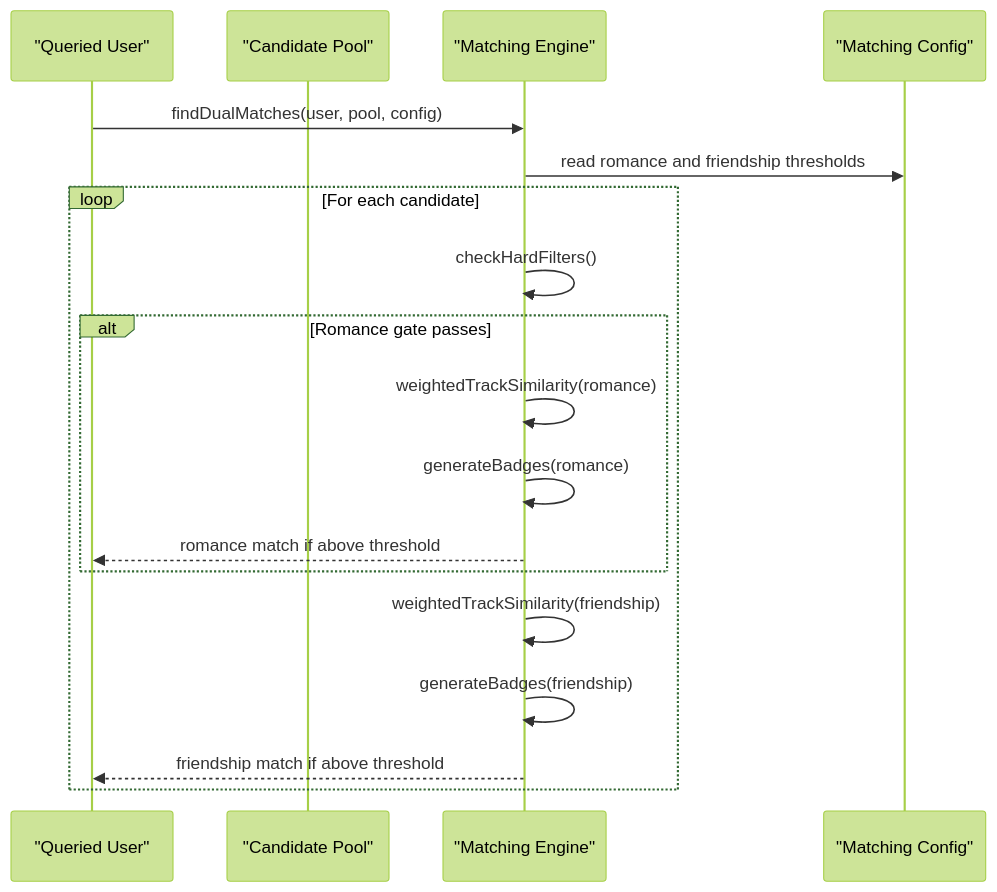
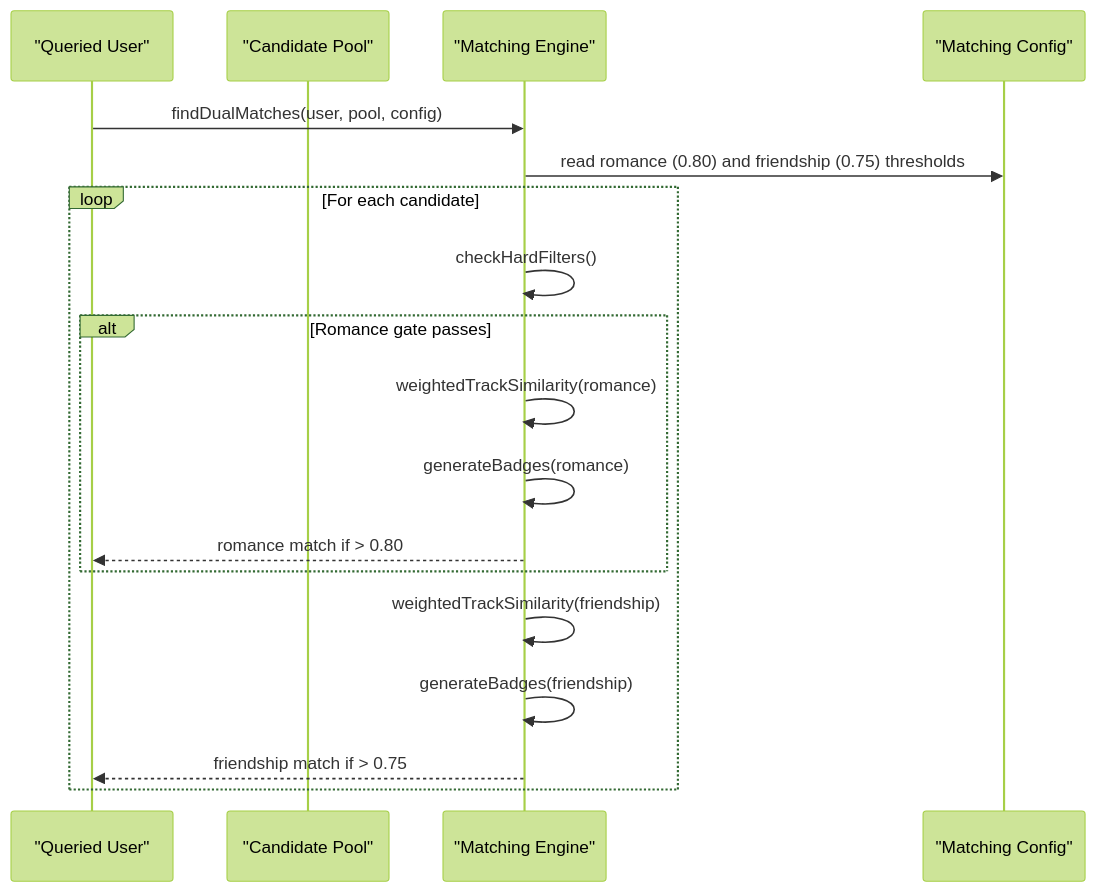
One commit to AmeliaDi/ProyectoENESZooMatch changed the sixth of 9 diagrams in .qoder/repowiki/en/content/Architecture Overview/ZooMatch v2 Matching Engine.md. Above: the diagram before and after it, drawn with Mermaid (forest theme). The commit also changed other lines of this file and 43 other files, not shown here.

````diff
--- a/.qoder/repowiki/en/content/Architecture Overview/ZooMatch v2 Matching Engine.md
+++ b/.qoder/repowiki/en/content/Architecture Overview/ZooMatch v2 Matching Engine.md
@@ -274,20 +284,20 @@
 ```mermaid
 sequenceDiagram
 participant User as "Queried User"
 participant Pool as "Candidate Pool"
 participant Engine as "Matching Engine"
 participant Config as "Matching Config"
 User->>Engine : findDualMatches(user, pool, config)
-Engine->>Config : read romance and friendship thresholds
+Engine->>Config : read romance (0.80) and friendship (0.75) thresholds
 loop For each candidate
 Engine->>Engine : checkHardFilters()
 alt Romance gate passes
 Engine->>Engine : weightedTrackSimilarity(romance)
 Engine->>Engine : generateBadges(romance)
-Engine-->>User : romance match if above threshold
+Engine-->>User : romance match if > 0.80
 end
 Engine->>Engine : weightedTrackSimilarity(friendship)
 Engine->>Engine : generateBadges(friendship)
-Engine-->>User : friendship match if above threshold
+Engine-->>User : friendship match if > 0.75
 end
 ```
````
